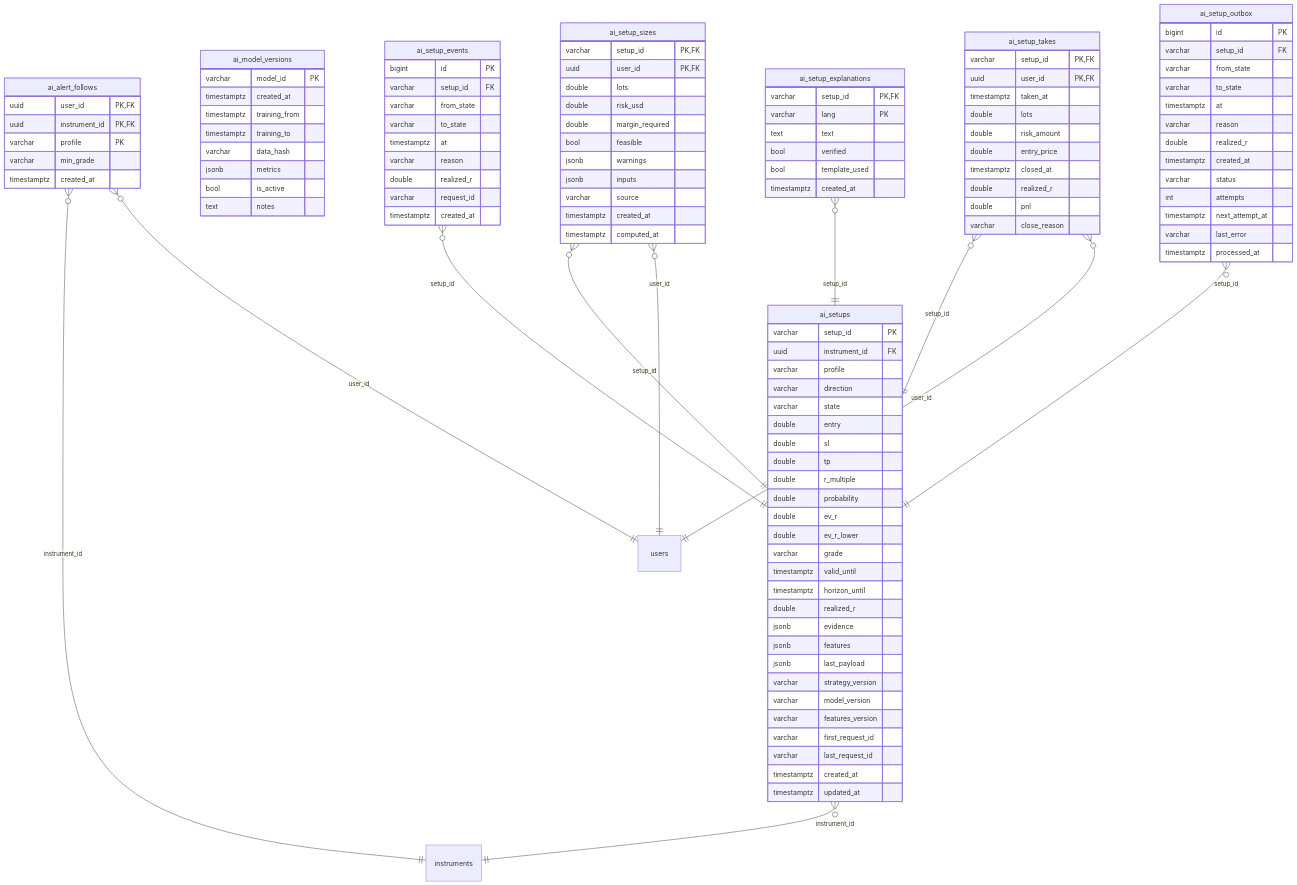
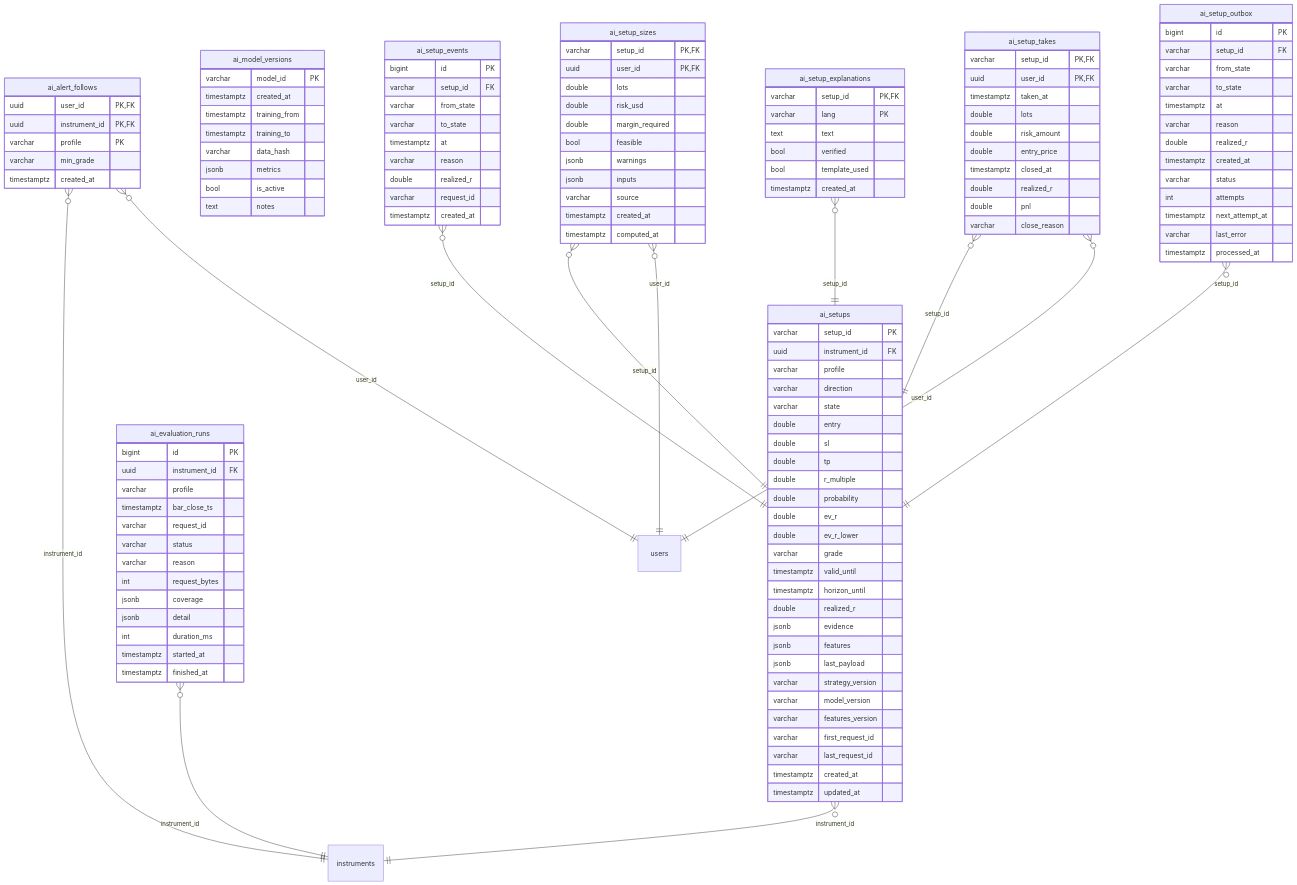
Before and after one commit to yazan-alsamman/ai-trading-analysis-system: the diagram in docs/erd/mmd/ai.mmd, drawn with Mermaid. The commit also changed 14 other files, not shown here.

```diff
--- a/docs/erd/mmd/ai.mmd
+++ b/docs/erd/mmd/ai.mmd
@@ -1,117 +1,133 @@
 erDiagram
     ai_setups {
         varchar setup_id PK
         uuid instrument_id FK
         varchar profile
         varchar direction
         varchar state
         double entry
         double sl
         double tp
         double r_multiple
         double probability
         double ev_r
         double ev_r_lower
         varchar grade
         timestamptz valid_until
         timestamptz horizon_until
         double realized_r
         jsonb evidence
         jsonb features
         jsonb last_payload
         varchar strategy_version
         varchar model_version
         varchar features_version
         varchar first_request_id
         varchar last_request_id
         timestamptz created_at
         timestamptz updated_at
     }
     ai_setup_events {
         bigint id PK
         varchar setup_id FK
         varchar from_state
         varchar to_state
         timestamptz at
         varchar reason
         double realized_r
         varchar request_id
         timestamptz created_at
     }
     ai_model_versions {
         varchar model_id PK
         timestamptz created_at
         timestamptz training_from
         timestamptz training_to
         varchar data_hash
         jsonb metrics
         bool is_active
         text notes
     }
     ai_setup_sizes {
         varchar setup_id PK, FK
         uuid user_id PK, FK
         double lots
         double risk_usd
         double margin_required
         bool feasible
         jsonb warnings
         jsonb inputs
         varchar source
         timestamptz created_at
         timestamptz computed_at
     }
     ai_setup_takes {
         varchar setup_id PK, FK
         uuid user_id PK, FK
         timestamptz taken_at
         double lots
         double risk_amount
         double entry_price
         timestamptz closed_at
         double realized_r
         double pnl
         varchar close_reason
     }
     ai_setup_explanations {
         varchar setup_id PK, FK
         varchar lang PK
         text text
         bool verified
         bool template_used
         timestamptz created_at
     }
     ai_setup_outbox {
         bigint id PK
         varchar setup_id FK
         varchar from_state
         varchar to_state
         timestamptz at
         varchar reason
         double realized_r
         timestamptz created_at
         varchar status
         int attempts
         timestamptz next_attempt_at
         varchar last_error
         timestamptz processed_at
     }
     ai_alert_follows {
         uuid user_id PK, FK
         uuid instrument_id PK, FK
         varchar profile PK
         varchar min_grade
         timestamptz created_at
     }
+    ai_evaluation_runs {
+        bigint id PK
+        uuid instrument_id FK
+        varchar profile
+        timestamptz bar_close_ts
+        varchar request_id
+        varchar status
+        varchar reason
+        int request_bytes
+        jsonb coverage
+        jsonb detail
+        int duration_ms
+        timestamptz started_at
+        timestamptz finished_at
+    }
     instruments
     users
     ai_alert_follows }o--|| instruments : "instrument_id"
     ai_alert_follows }o--|| users : "user_id"
+    ai_evaluation_runs }o--|| instruments : "instrument_id"
     ai_setup_events }o--|| ai_setups : "setup_id"
     ai_setup_explanations }o--|| ai_setups : "setup_id"
     ai_setup_outbox }o--|| ai_setups : "setup_id"
     ai_setup_sizes }o--|| ai_setups : "setup_id"
     ai_setup_sizes }o--|| users : "user_id"
     ai_setup_takes }o--|| ai_setups : "setup_id"
     ai_setup_takes }o--|| users : "user_id"
     ai_setups }o--|| instruments : "instrument_id"
```
